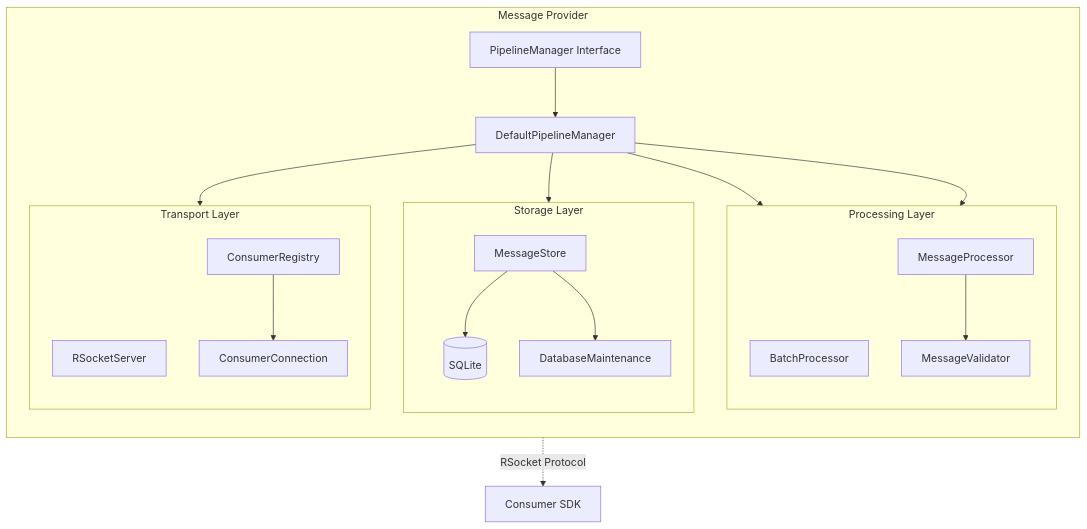
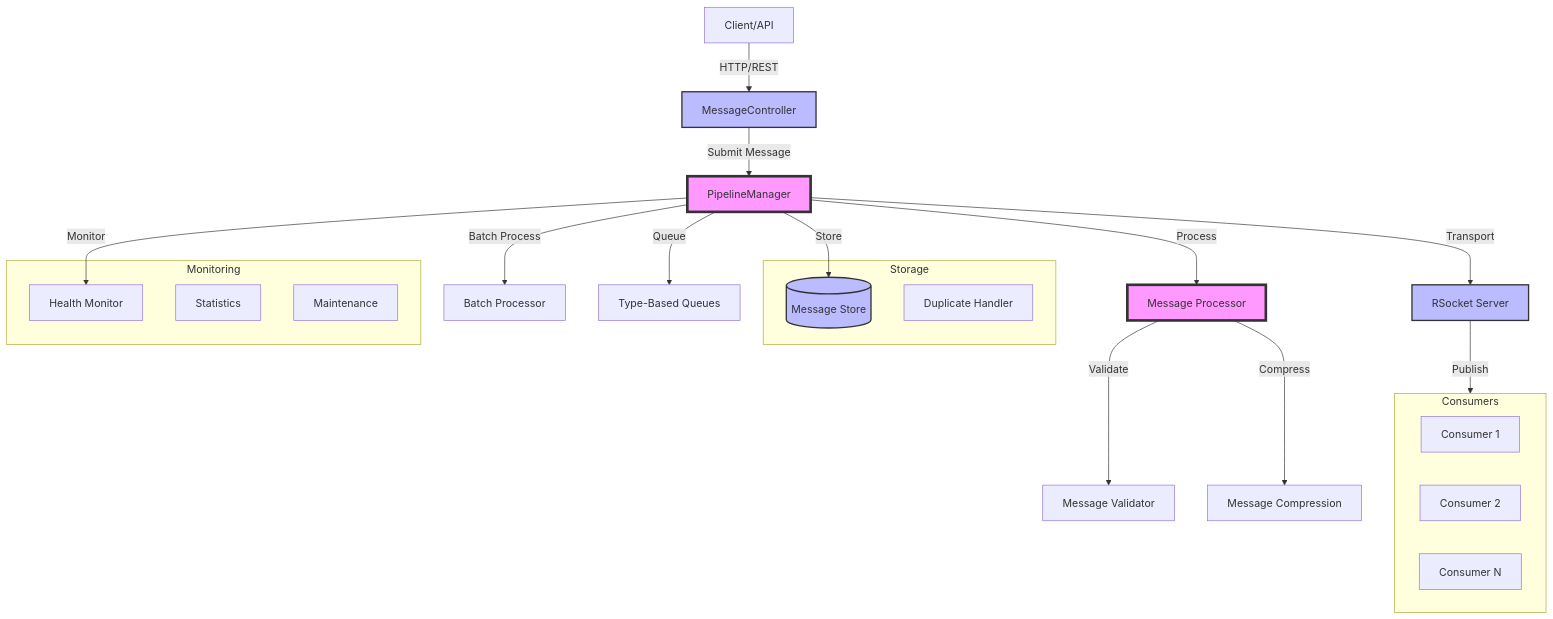
The first of 3 diagrams in README.md (anuragm339/provider), drawn with Mermaid before and after one commit. The commit also changed other lines of this file and 6 other files, not shown here.

````diff
--- a/README.md
+++ b/README.md
@@ -49,42 +52,37 @@
 ```mermaid
-flowchart TB
-    subgraph Provider[Message Provider]
-        direction TB
-        API[PipelineManager Interface]
-        Core[DefaultPipelineManager]
-        
-        subgraph Processing["Processing Layer"]
-            direction TB
-            BP[BatchProcessor]
-            MP[MessageProcessor]
-            MV[MessageValidator]
-        end
-        
-        subgraph Storage["Storage Layer"]
-            direction TB
-            MS[MessageStore]
-            DB[(SQLite)]
-            DM[DatabaseMaintenance]
-        end
-        
-        subgraph Transport["Transport Layer"]
-            direction TB
-            RS[RSocketServer]
-            CR[ConsumerRegistry]
-            CC[ConsumerConnection]
-        end
+
+graph TB
+    Client[Client/API] --> |HTTP/REST| Controller[MessageController]
+    Controller --> |Submit Message| Pipeline[PipelineManager]
+    Pipeline --> |Store| DB[(Message Store)]
+    Pipeline --> |Process| MessageProcessor[Message Processor]
+    Pipeline --> |Batch Process| BatchProcessor[Batch Processor]
+    MessageProcessor --> |Validate| Validator[Message Validator]
+    MessageProcessor --> |Compress| Compression[Message Compression]
+    Pipeline --> |Queue| TypeQueues[Type-Based Queues]
+    Pipeline --> |Monitor| HealthCheck[Health Monitor]
+    Pipeline --> |Transport| RSocket[RSocket Server]
+    RSocket --> |Publish| Consumers[Consumer Groups]
+    
+    subgraph Storage
+        DB
+        DupeHandler[Duplicate Handler]
     end
     
-    Consumer["Consumer SDK"]
+    subgraph Monitoring
+        HealthCheck
+        Stats[Statistics]
+        Maintenance[Maintenance]
+    end
     
-    API --> Core
-    Core --> BP
-    Core --> MP
-    Core --> MS
-    MP --> MV
-    MS --> DB
-    MS --> DM
-    Core --> CR
-    CR --> CC
-    CC -.->|RSocket Protocol| Consumer
+    subgraph Consumers
+        Consumer1[Consumer 1]
+        Consumer2[Consumer 2]
+        ConsumerN[Consumer N]
+    end
+
+    classDef primary fill:#f9f,stroke:#333,stroke-width:4px;
+    classDef secondary fill:#bbf,stroke:#333,stroke-width:2px;
+    class Pipeline,MessageProcessor primary;
+    class Controller,DB,RSocket secondary;
 ```
````
